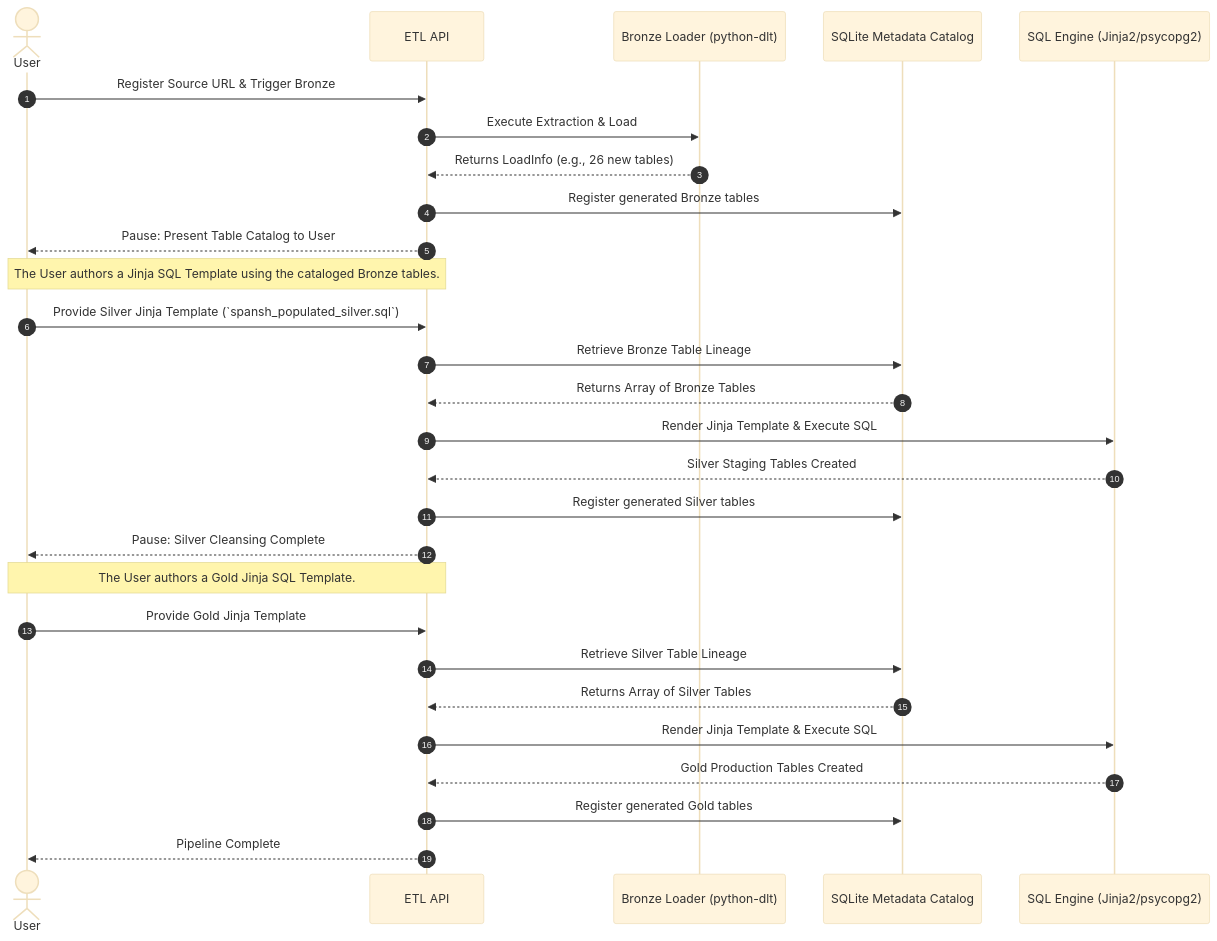
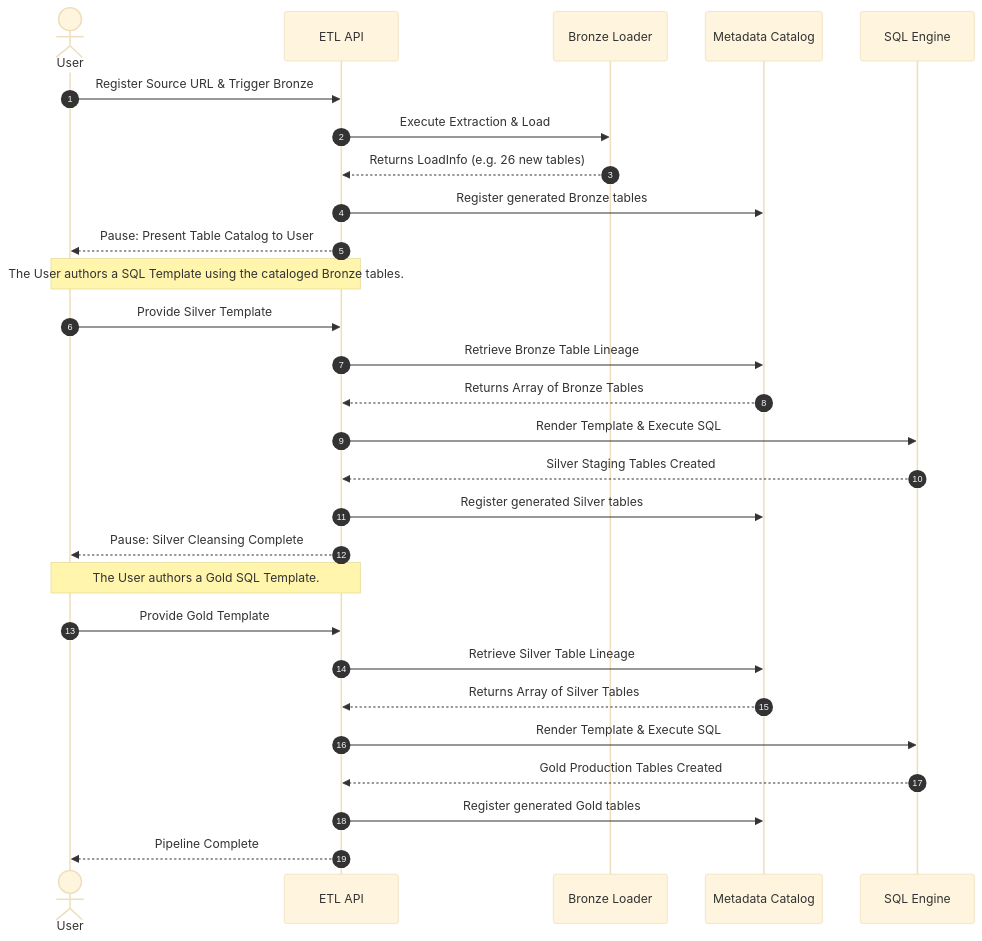
Before and after one commit to mnaatjes/elite-etl: the diagram in docs/explanation/release-and-integration-roadmap.md, drawn with Mermaid (base theme).

Commit message:
templating

````diff
--- a/docs/explanation/release-and-integration-roadmap.md
+++ b/docs/explanation/release-and-integration-roadmap.md
@@ -34,35 +34,35 @@
 ```mermaid
 sequenceDiagram
     autonumber
     actor User
     participant API as ETL API
-    participant DLT as Bronze Loader (python-dlt)
-    participant Catalog as SQLite Metadata Catalog
-    participant SQL as SQL Engine (Jinja2/psycopg2)
+    participant DLT as Bronze Loader
+    participant Catalog as Metadata Catalog
+    participant SQL as SQL Engine
 
     User->>API: Register Source URL & Trigger Bronze
     API->>DLT: Execute Extraction & Load
-    DLT-->>API: Returns LoadInfo (e.g., 26 new tables)
+    DLT-->>API: Returns LoadInfo (e.g. 26 new tables)
     API->>Catalog: Register generated Bronze tables
     API-->>User: Pause: Present Table Catalog to User
     
-    Note over User, API: The User authors a Jinja SQL Template using the cataloged Bronze tables.
+    Note over User,API: The User authors a SQL Template using the cataloged Bronze tables.
     
-    User->>API: Provide Silver Jinja Template (`spansh_populated_silver.sql`)
+    User->>API: Provide Silver Template
     API->>Catalog: Retrieve Bronze Table Lineage
     Catalog-->>API: Returns Array of Bronze Tables
-    API->>SQL: Render Jinja Template & Execute SQL
+    API->>SQL: Render Template & Execute SQL
     SQL-->>API: Silver Staging Tables Created
     API->>Catalog: Register generated Silver tables
     API-->>User: Pause: Silver Cleansing Complete
     
-    Note over User, API: The User authors a Gold Jinja SQL Template.
+    Note over User,API: The User authors a Gold SQL Template.
     
-    User->>API: Provide Gold Jinja Template
+    User->>API: Provide Gold Template
     API->>Catalog: Retrieve Silver Table Lineage
     Catalog-->>API: Returns Array of Silver Tables
-    API->>SQL: Render Jinja Template & Execute SQL
+    API->>SQL: Render Template & Execute SQL
     SQL-->>API: Gold Production Tables Created
     API->>Catalog: Register generated Gold tables
     API-->>User: Pipeline Complete
 ```
````
